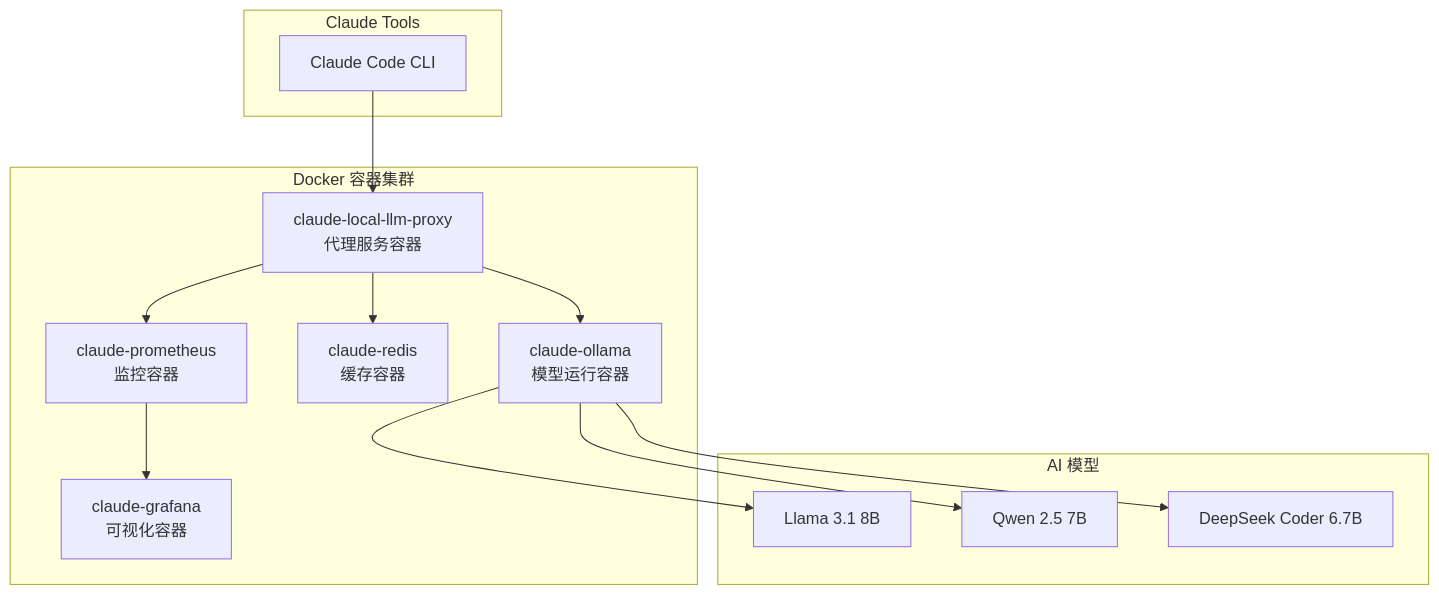
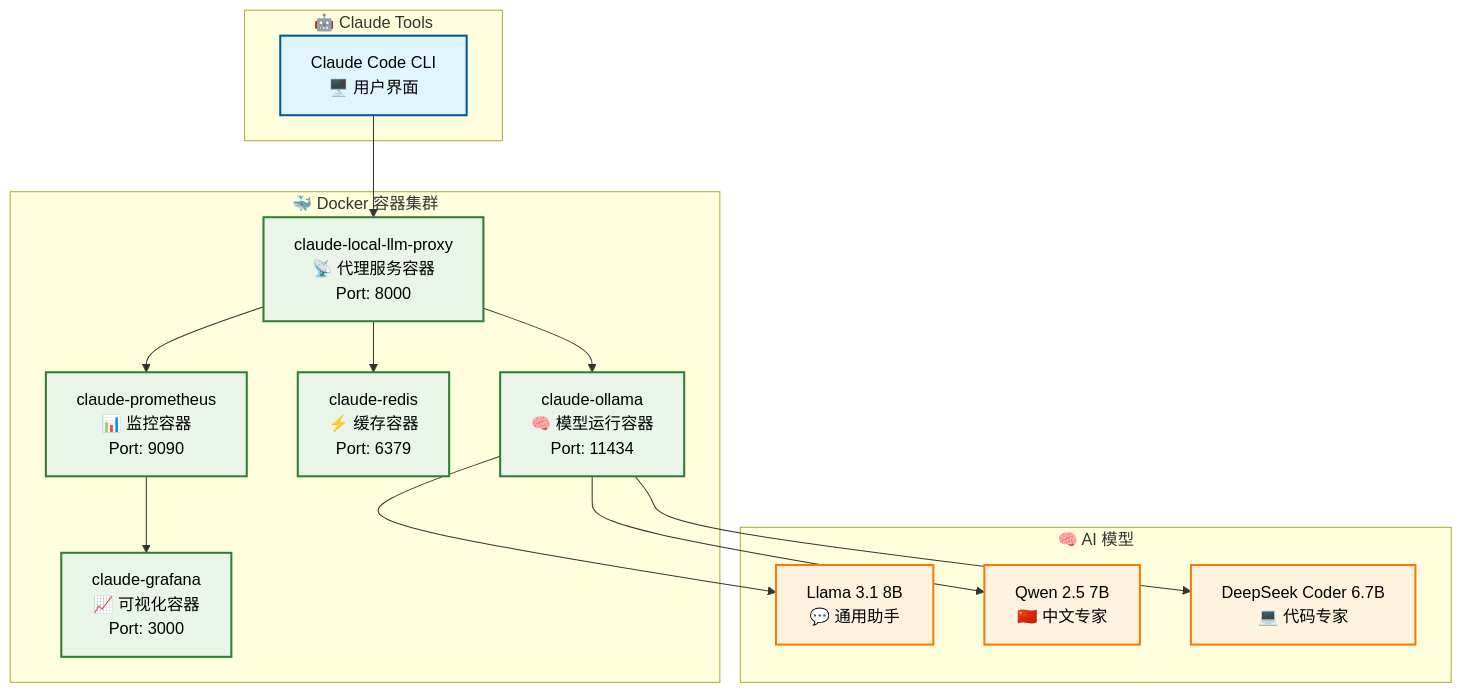
One commit to youweichen0208/YC-Tech-Blog changed the diagram in src/ai-tools/DOCKER_DEPLOYMENT.md. Above: the diagram before and after it, drawn with Mermaid. The commit also changed 2 other files, not shown here.

Commit message:
fix: 启用Mermaid支持并优化架构图显示
🔧 修复Mermaid图表
- 在theme.ts中启用mermaid: true
- 解决架构图无法显示的问题

🎨 优化图表设计
- 添加丰富的emoji图标增强视觉效果
- 使用不同颜色样式区分组件类型
- 优化节点标签和连接线样式
- 增加端口信息和功能描述

📊 图表改进
- Claude Tools生态: 蓝色主题
- Docker容器集群: 绿色主题
- AI模型: 橙色主题
- 基础设施: 紫色主题
- 智能路由: 粉色主题

🚀 用户体验提升
- 图表更加直观易懂
- 组件功能一目了然
- 架构关系清晰明确
- 支持响应式显示

🤖 Generated with [Claude Code](https://claude.com/claude-code)

````diff
--- a/src/ai-tools/DOCKER_DEPLOYMENT.md
+++ b/src/ai-tools/DOCKER_DEPLOYMENT.md
@@ -8,19 +8,29 @@
 ```mermaid
 graph TB
-    subgraph "Docker 容器集群"
-        A[claude-local-llm-proxy<br/>代理服务容器] --> B[claude-ollama<br/>模型运行容器]
-        A --> C[claude-redis<br/>缓存容器]
-        A --> D[claude-prometheus<br/>监控容器]
-        D --> E[claude-grafana<br/>可视化容器]
+    subgraph "🐳 Docker 容器集群"
+        A["claude-local-llm-proxy<br/>📡 代理服务容器<br/>Port: 8000"] --> B["claude-ollama<br/>🧠 模型运行容器<br/>Port: 11434"]
+        A --> C["claude-redis<br/>⚡ 缓存容器<br/>Port: 6379"]
+        A --> D["claude-prometheus<br/>📊 监控容器<br/>Port: 9090"]
+        D --> E["claude-grafana<br/>📈 可视化容器<br/>Port: 3000"]
     end
 
-    subgraph "Claude Tools"
-        F[Claude Code CLI] --> A
+    subgraph "🤖 Claude Tools"
+        F["Claude Code CLI<br/>🖥️ 用户界面"] --> A
     end
 
-    subgraph "AI 模型"
-        B --> G[Llama 3.1 8B]
-        B --> H[Qwen 2.5 7B]
-        B --> I[DeepSeek Coder 6.7B]
+    subgraph "🧠 AI 模型"
+        B --> G["Llama 3.1 8B<br/>💬 通用助手"]
+        B --> H["Qwen 2.5 7B<br/>🇨🇳 中文专家"]
+        B --> I["DeepSeek Coder 6.7B<br/>💻 代码专家"]
     end
+
+    %% 样式定义
+    classDef containerStyle fill:#e8f5e8,stroke:#2e7d32,stroke-width:2px,color:#000
+    classDef claudeStyle fill:#e1f5fe,stroke:#01579b,stroke-width:2px,color:#000
+    classDef modelStyle fill:#fff3e0,stroke:#f57c00,stroke-width:2px,color:#000
+
+    %% 应用样式
+    class A,B,C,D,E containerStyle
+    class F claudeStyle
+    class G,H,I modelStyle
 ```
````
